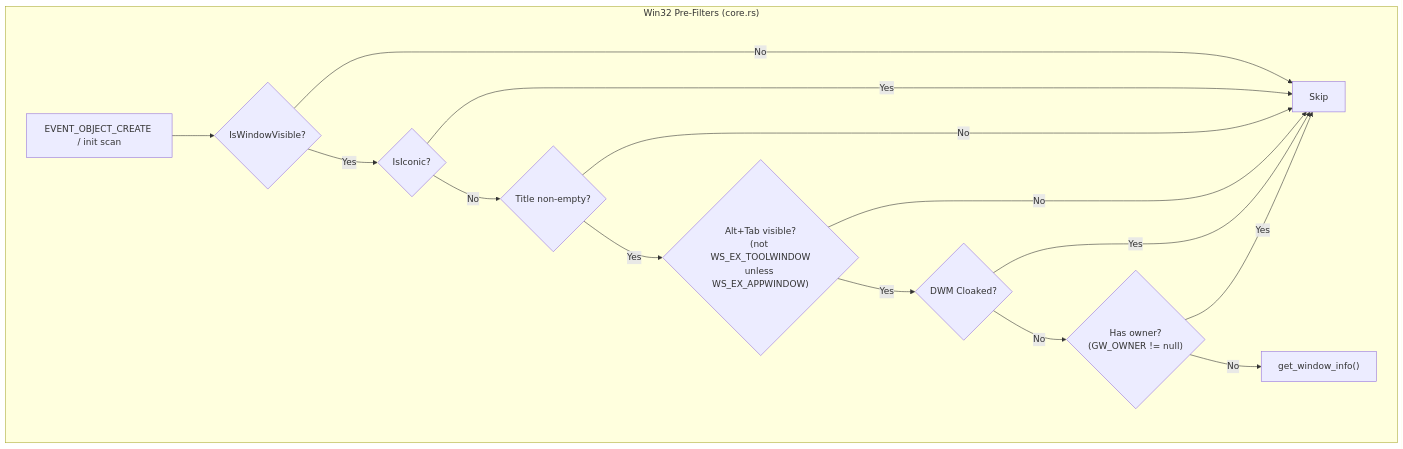
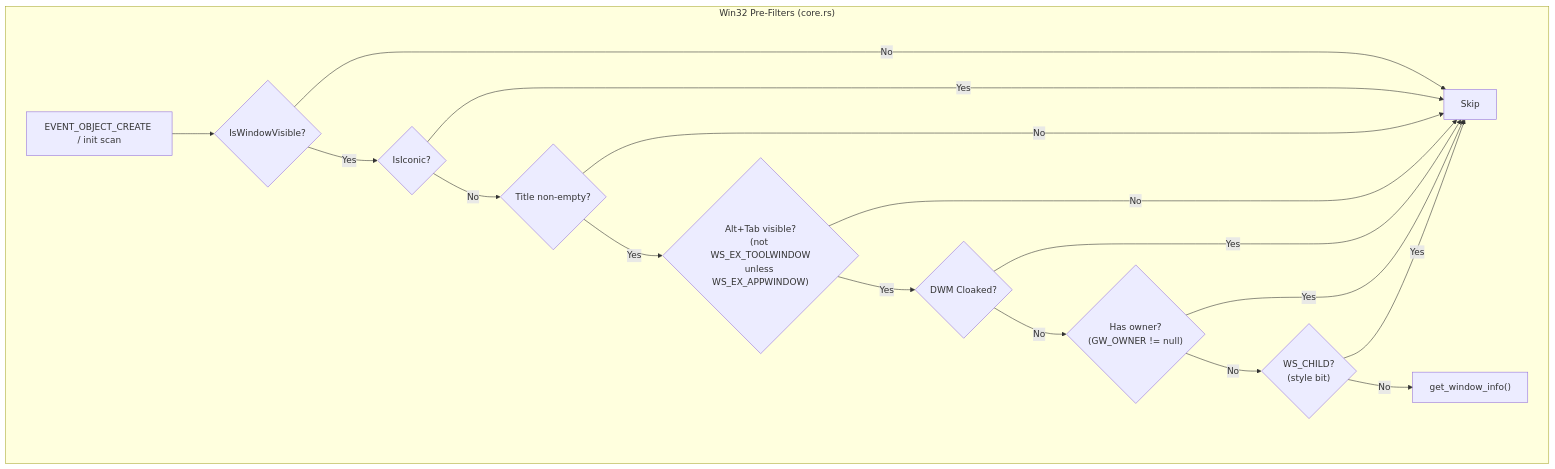
The third of 4 diagrams in docs/src/dev-guide/window-registry.md (CCpcalvin/flow-wm), drawn with Mermaid before and after one commit. The commit also changed other lines of this file and 2 other files, not shown here.

Commit message:
fix: filter WS_CHILD window controls in pre-filter

````diff
--- a/docs/src/dev-guide/window-registry.md
+++ b/docs/src/dev-guide/window-registry.md
@@ -143,18 +143,20 @@
 ```mermaid
 flowchart TB
     subgraph PreFilters["Win32 Pre-Filters (core.rs)"]
         A["EVENT_OBJECT_CREATE / init scan"] --> B{"IsWindowVisible?"}
         B -- No --> SKIP["Skip"]
         B -- Yes --> C{"IsIconic?"}
         C -- Yes --> SKIP
         C -- No --> D{"Title non-empty?"}
         D -- No --> SKIP
         D -- Yes --> E{"Alt+Tab visible?<br/>(not WS_EX_TOOLWINDOW<br/>unless WS_EX_APPWINDOW)"}
         E -- No --> SKIP
         E -- Yes --> F{"DWM Cloaked?"}
         F -- Yes --> SKIP
         F -- No --> G{"Has owner?<br/>(GW_OWNER != null)"}
         G -- Yes --> SKIP
-        G -- No --> H["get_window_info()"]
+        G -- No --> G2{"WS_CHILD?<br/>(style bit)"}
+        G2 -- Yes --> SKIP
+        G2 -- No --> H["get_window_info()"]
     end
 ```
````
